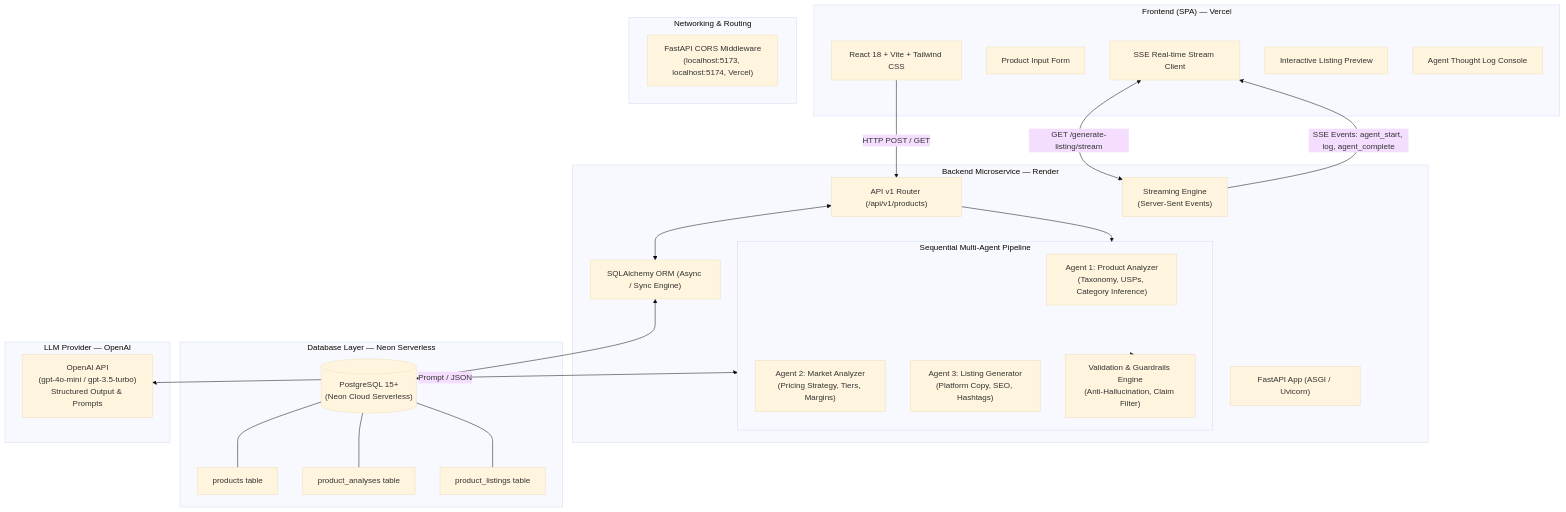
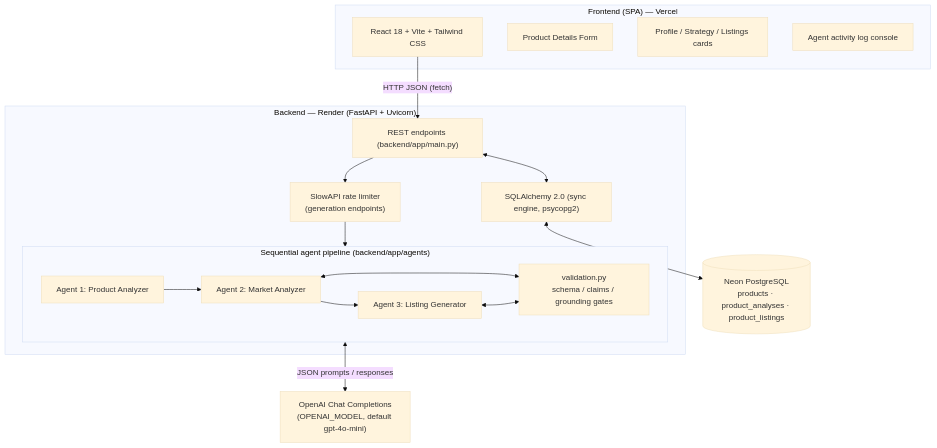
The first of 4 diagrams in docs/SYSTEM_ARCHITECTURE.md (BenaiahAsis/online-seller-assistant), drawn with Mermaid (base theme) before and after one commit. The commit also changed other lines of this file and 3 other files, not shown here.

First line of the commit message:
docs: align README and architecture doc with the implemented system

````diff
--- a/docs/SYSTEM_ARCHITECTURE.md
+++ b/docs/SYSTEM_ARCHITECTURE.md
@@ -27,52 +37,32 @@
 ```mermaid
 flowchart TD
     subgraph Client ["Frontend (SPA) — Vercel"]
         UI["React 18 + Vite + Tailwind CSS"]
-        PForm["Product Input Form"]
-        SSEListener["SSE Real-time Stream Client"]
-        ListingCard["Interactive Listing Preview"]
-        ConsoleCard["Agent Thought Log Console"]
+        Form["Product Details Form"]
+        Results["Profile / Strategy / Listings cards"]
+        Logs["Agent activity log console"]
     end
 
-    subgraph Edge ["Networking & Routing"]
-        CORS["FastAPI CORS Middleware\n(localhost:5173, localhost:5174, Vercel)"]
+    subgraph Backend ["Backend — Render (FastAPI + Uvicorn)"]
+        API["REST endpoints (backend/app/main.py)"]
+        RL["SlowAPI rate limiter\n(generation endpoints)"]
+        subgraph Pipeline ["Sequential agent pipeline (backend/app/agents)"]
+            A1["Agent 1: Product Analyzer"]
+            A2["Agent 2: Market Analyzer"]
+            A3["Agent 3: Listing Generator"]
+            Val["validation.py\nschema / claims / grounding gates"]
+        end
+        ORM["SQLAlchemy 2.0 (sync engine, psycopg2)"]
     end
 
-    subgraph Backend ["Backend Microservice — Render"]
-        API["FastAPI App (ASGI / Uvicorn)"]
-        Router["API v1 Router (/api/v1/products)"]
-        
-        subgraph AgentPipeline ["Sequential Multi-Agent Pipeline"]
-            A1["Agent 1: Product Analyzer\n(Taxonomy, USPs, Category Inference)"]
-            A2["Agent 2: Market Analyzer\n(Pricing Strategy, Tiers, Margins)"]
-            A3["Agent 3: Listing Generator\n(Platform Copy, SEO, Hashtags)"]
-            Val["Validation & Guardrails Engine\n(Anti-Hallucination, Claim Filter)"]
-        end
-        
-        SSE["Streaming Engine\n(Server-Sent Events)"]
-        ORM["SQLAlchemy ORM (Async / Sync Engine)"]
-    end
+    DB[("Neon PostgreSQL\nproducts · product_analyses · product_listings")]
+    LLM["OpenAI Chat Completions\n(OPENAI_MODEL, default gpt-4o-mini)"]
 
-    subgraph CloudDB ["Database Layer — Neon Serverless"]
-        Postgres[("PostgreSQL 15+\n(Neon Cloud Serverless)")]
-        T_Prod["products table"]
-        T_Analysis["product_analyses table"]
-        T_Listing["product_listings table"]
-    end
-
-    subgraph ExternalAI ["LLM Provider — OpenAI"]
-        OpenAI["OpenAI API\n(gpt-4o-mini / gpt-3.5-turbo)\nStructured Output & Prompts"]
-    end
-
-    UI -->|HTTP POST / GET| Router
-    SSEListener <-->|GET /generate-listing/stream| SSE
-    Router --> AgentPipeline
-    AgentPipeline --> Val
-    AgentPipeline <-->|Prompt / JSON| OpenAI
-    SSE -->|SSE Events: agent_start, log, agent_complete| SSEListener
-    Router <--> ORM
-    ORM <--> Postgres
-    Postgres --- T_Prod
-    Postgres --- T_Analysis
-    Postgres --- T_Listing
+    UI -->|"HTTP JSON (fetch)"| API
+    API --> RL --> Pipeline
+    A1 --> A2 --> A3
+    A2 <--> Val
+    A3 <--> Val
+    Pipeline <-->|"JSON prompts / responses"| LLM
+    API <--> ORM <--> DB
 ```
````
